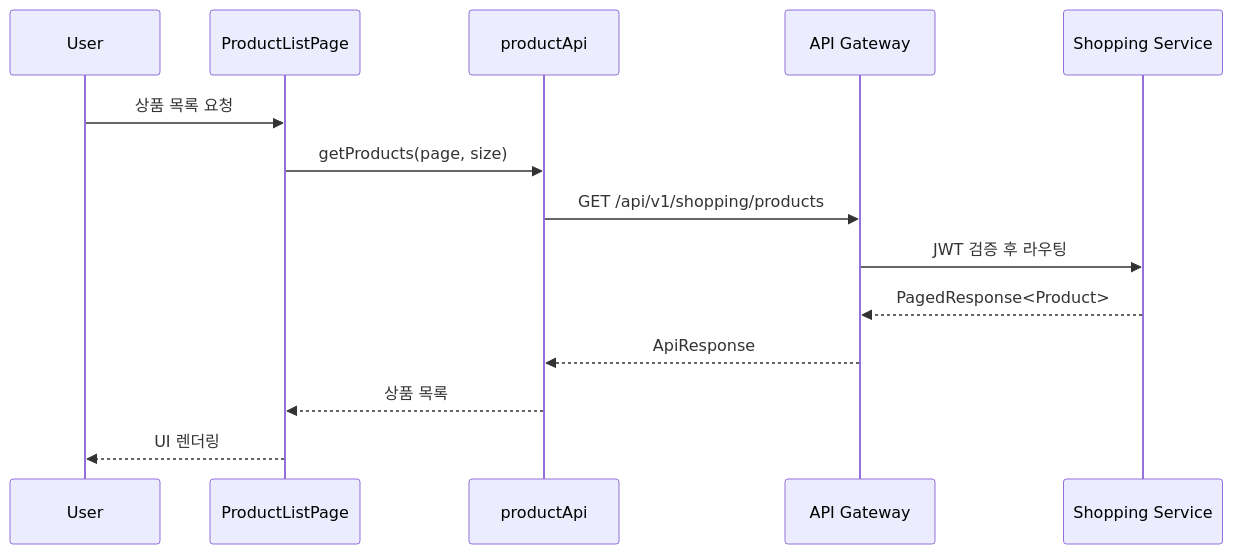
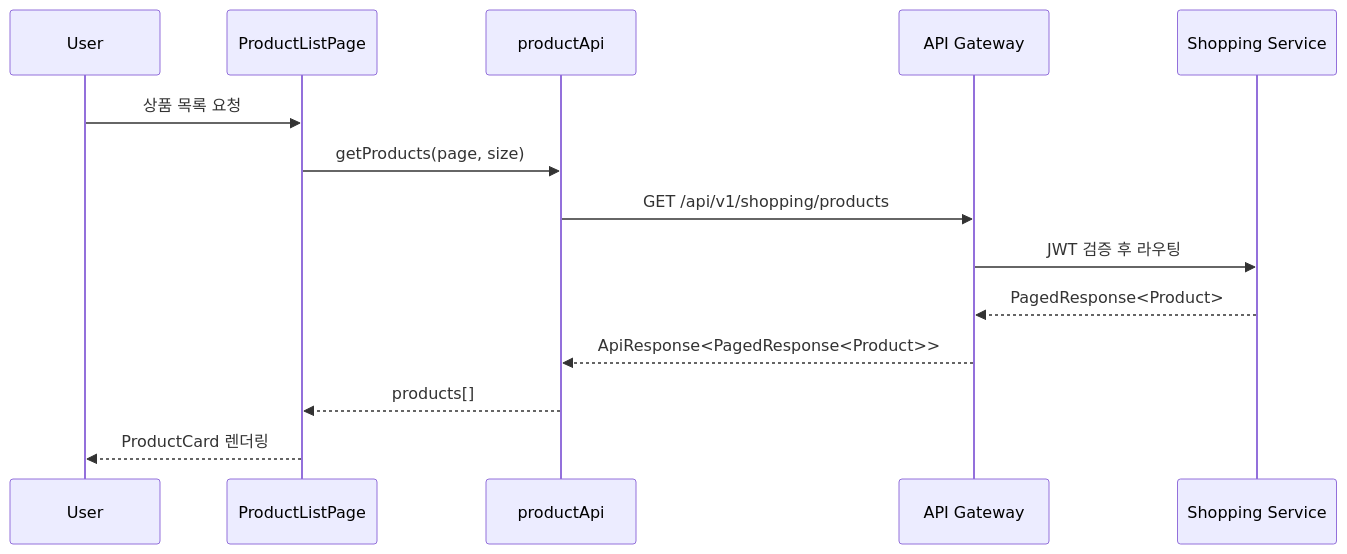
Before and after one commit to L-a-z-e/portal-universe: the second of 5 diagrams in docs/architecture/shopping-frontend/system-overview.md, drawn with Mermaid. The commit also changed other lines of this file and 4 other files, not shown here.

First line of the commit message:
docs(architecture): rewrite shopping-frontend docs to match actual codebase

````diff
--- a/docs/architecture/shopping-frontend/system-overview.md
+++ b/docs/architecture/shopping-frontend/system-overview.md
@@ -344,17 +680,17 @@
 ```mermaid
 sequenceDiagram
     participant User
     participant PL as ProductListPage
     participant API as productApi
     participant GW as API Gateway
     participant SS as Shopping Service
 
     User->>PL: 상품 목록 요청
     PL->>API: getProducts(page, size)
     API->>GW: GET /api/v1/shopping/products
     GW->>SS: JWT 검증 후 라우팅
     SS-->>GW: PagedResponse<Product>
-    GW-->>API: ApiResponse
-    API-->>PL: 상품 목록
-    PL-->>User: UI 렌더링
+    GW-->>API: ApiResponse<PagedResponse<Product>>
+    API-->>PL: products[]
+    PL-->>User: ProductCard 렌더링
 ```
````
